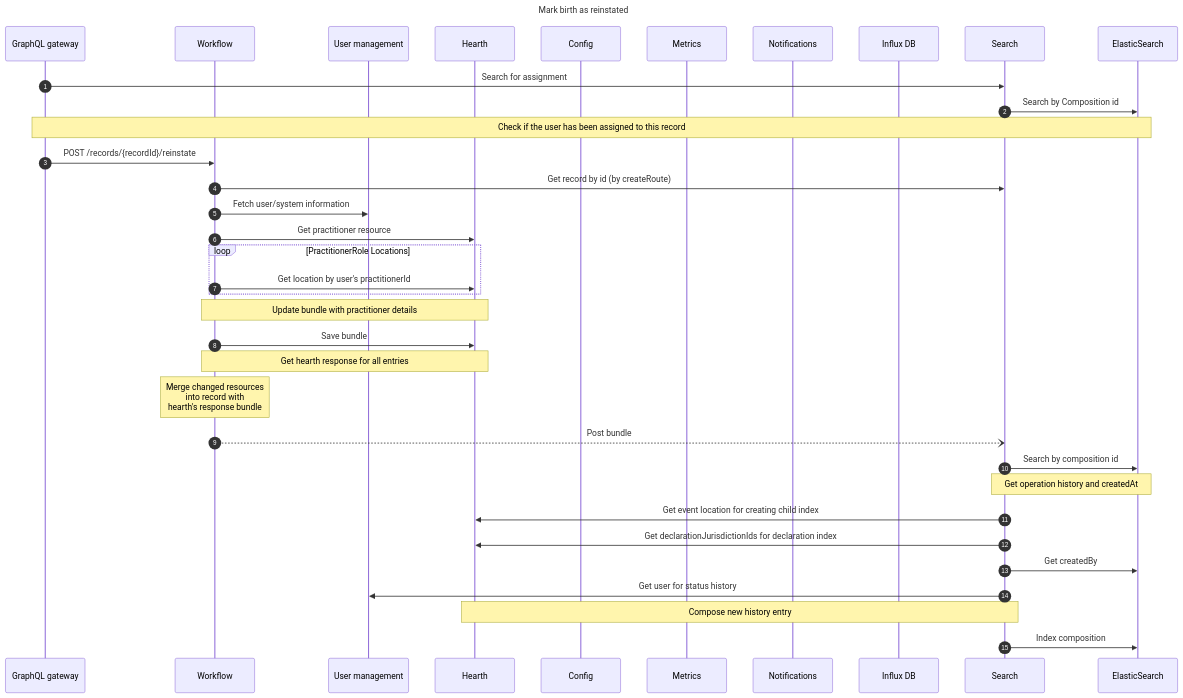
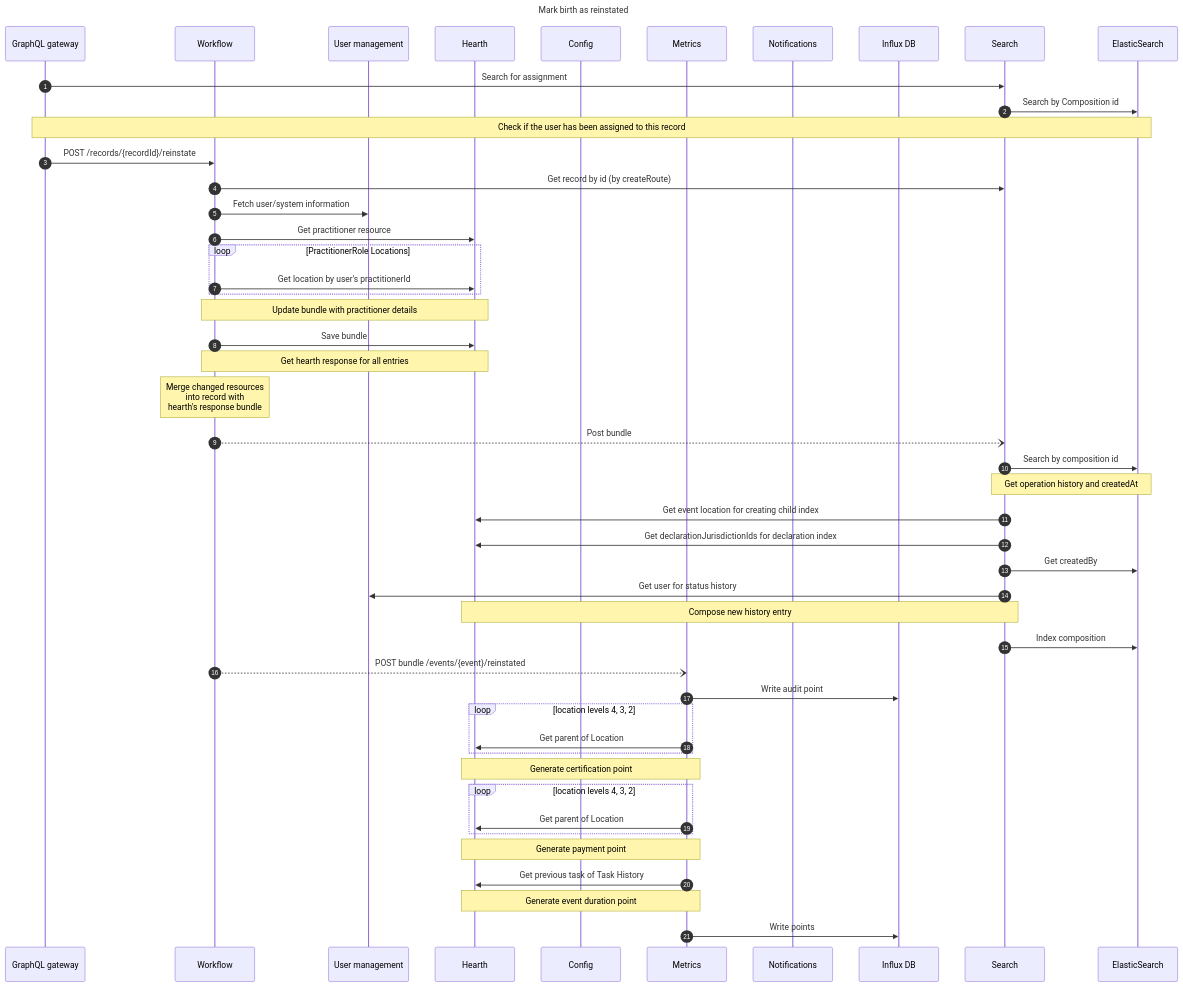
The diagram in sequence-diagrams/backend/mark-birth-as-reinstated.md (opencrvs/opencrvs-core), drawn with Mermaid before and after one commit. The commit also changed 5 other files, not shown here.

Commit message:
Amend diagrams metrics calls

````diff
--- a/sequence-diagrams/backend/mark-birth-as-reinstated.md
+++ b/sequence-diagrams/backend/mark-birth-as-reinstated.md
@@ -3,58 +3,77 @@
 ```mermaid
 ---
 title: Mark birth as reinstated
 ---
 
 sequenceDiagram
     autonumber
     participant GraphQL gateway
     participant Workflow
     participant User management
     participant Hearth
     participant Config
     participant Metrics
     participant Notifications
     participant Influx DB
     participant Search
     participant ElasticSearch
 
     GraphQL gateway->>Search: Search for assignment
     Search->>ElasticSearch: Search by Composition id
     Note over GraphQL gateway,ElasticSearch: Check if the user has been assigned to this record
 
     GraphQL gateway->>Workflow: POST /records/{recordId}/reinstate
     Workflow->>Search: Get record by id (by createRoute)
 
     Workflow->>User management: Fetch user/system information
     Workflow->>Hearth: Get practitioner resource
 
     loop PractitionerRole Locations
       Workflow->>Hearth: Get location by user's practitionerId
     end
     Note over Workflow,Hearth: Update bundle with practitioner details
 
     Workflow->>Hearth: Save bundle
     Note over Workflow,Hearth: Get hearth response for all entries
 
     Note over Workflow: Merge changed resources<br /> into record with <br /> hearth's response bundle
 
     Workflow--)Search: Post bundle
     %% upsertEvent
     Search->>ElasticSearch: Search by composition id
     Note over Search,ElasticSearch: Get operation history and createdAt
 
     %% createIndexBody
       %% createChildIndex
       %% addEventLocation
     Search->>Hearth: Get event location for creating child index
 
     %% createDeclarationIndex
     Search->>Hearth: Get declarationJurisdictionIds for declaration index
     Search->>ElasticSearch: Get createdBy
 
     %% createStatusHistory
     Search->>User management: Get user for status history
     Note over Search,Hearth: Compose new history entry
 
     Search->>ElasticSearch: Index composition
+
+    Workflow--)Metrics: POST bundle /events/{event}/reinstated
+
+    Metrics->>Influx DB: Write audit point
+
+    loop location levels 4, 3, 2
+        Metrics->>Hearth: Get parent of Location
+    end
+    Note over Metrics,Hearth: Generate certification point
+
+    loop location levels 4, 3, 2
+        Metrics->>Hearth: Get parent of Location
+    end
+    Note over Metrics,Hearth: Generate payment point
+
+    Metrics->>Hearth: Get previous task of Task History
+    Note over Metrics,Hearth: Generate event duration point
+
+    Metrics->>Influx DB: Write points
 ```
````
